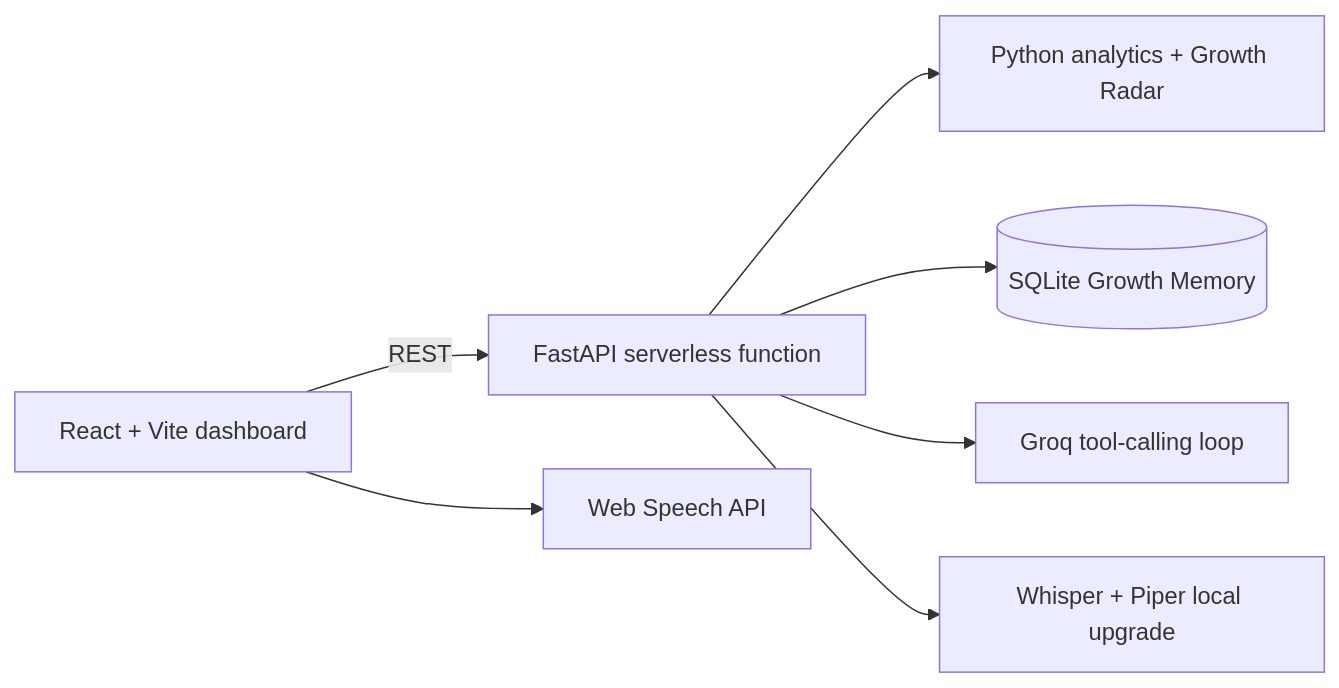
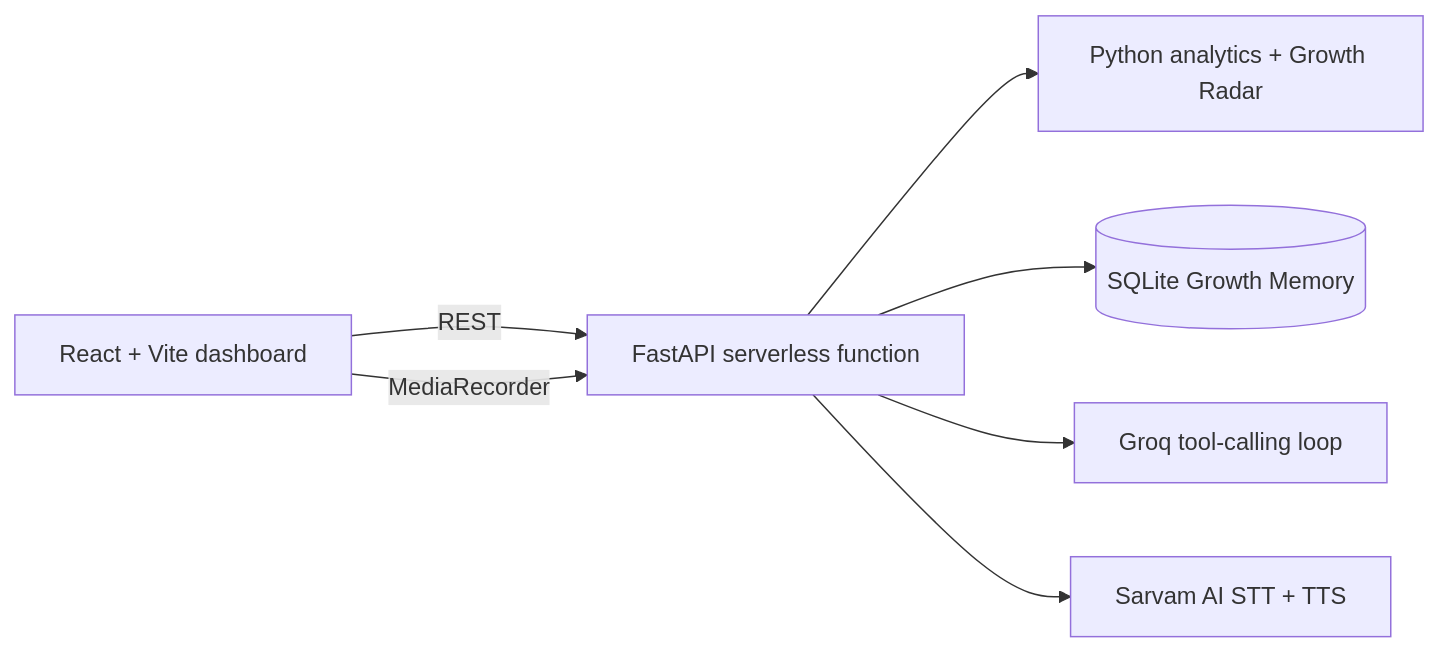
Before and after one commit to Aditya-padale/snapdeal: the diagram in README.md, drawn with Mermaid. The commit also changed other lines of this file and 4 other files, not shown here.

````diff
--- a/README.md
+++ b/README.md
@@ -7,9 +7,9 @@
 ```mermaid
 flowchart LR
   UI[React + Vite dashboard] -->|REST| API[FastAPI serverless function]
   API --> Analytics[Python analytics + Growth Radar]
   API --> DB[(SQLite Growth Memory)]
   API --> LLM[Groq tool-calling loop]
-  UI --> Browser[Web Speech API]
-  API --> Local[Whisper + Piper local upgrade]
+  UI -->|MediaRecorder| API
+  API --> Sarvam[Sarvam AI STT + TTS]
 ```
````
